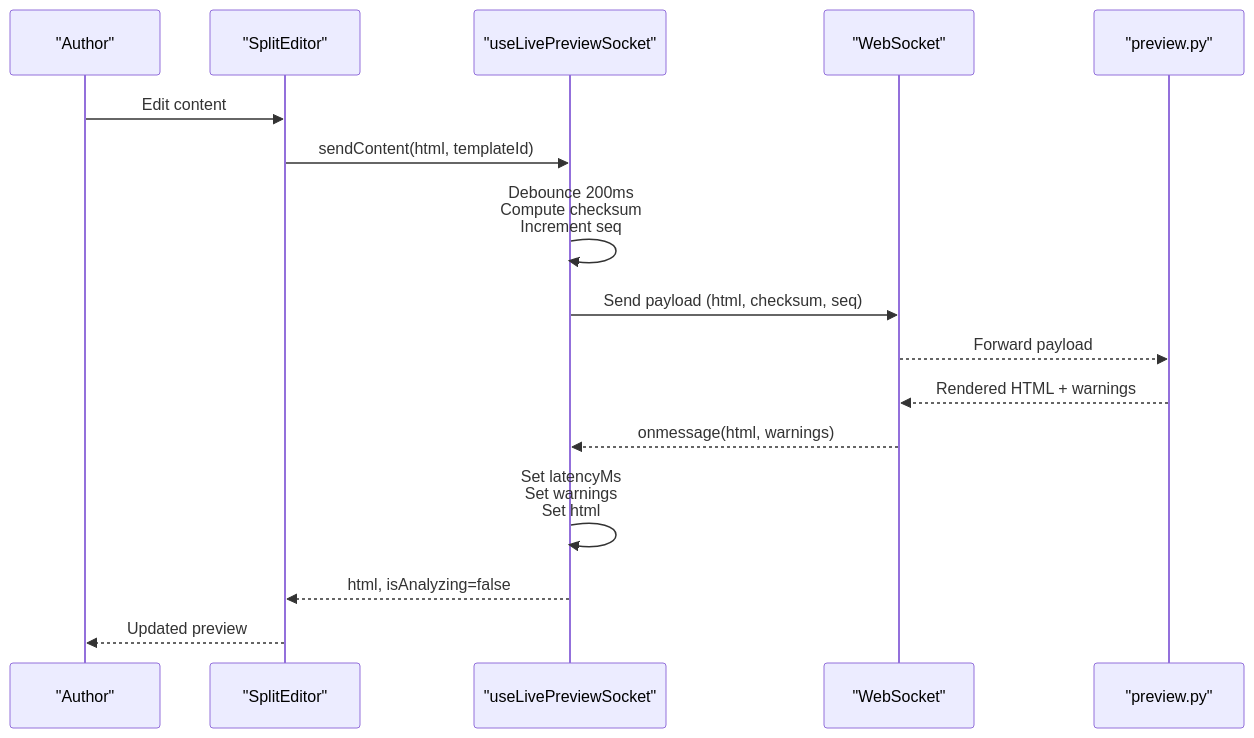
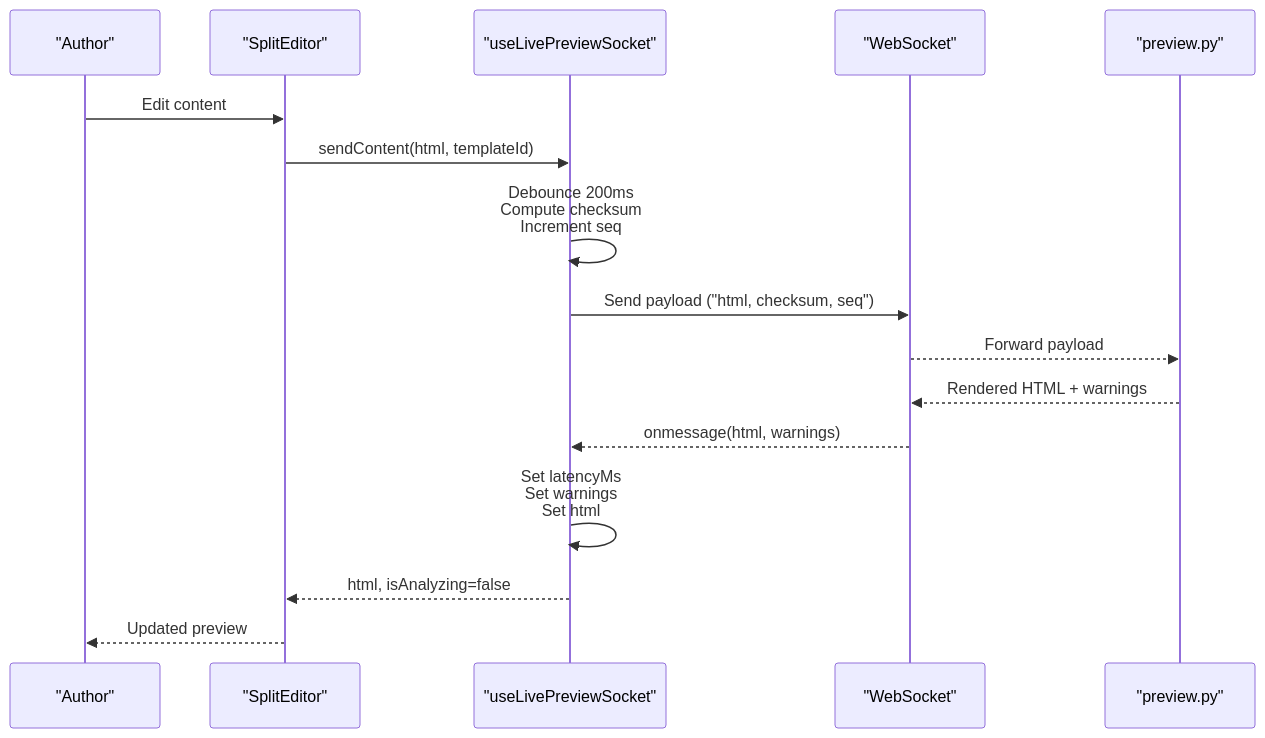
One commit to rohitkumarnaidu/ScholarFormAI changed the second of 7 diagrams in docs/docs/knowledge/Frontend Development/Real-time Features/Live Preview System.md. Above: the diagram before and after it, drawn with Mermaid. The commit also changed other lines of this file and 611 other files, not shown here.

````diff
--- a/docs/docs/knowledge/Frontend Development/Real-time Features/Live Preview System.md
+++ b/docs/docs/knowledge/Frontend Development/Real-time Features/Live Preview System.md
@@ -113,18 +113,18 @@
 ```mermaid
 sequenceDiagram
 participant User as "Author"
 participant Editor as "SplitEditor"
 participant Hook as "useLivePreviewSocket"
 participant WS as "WebSocket"
 participant Backend as "preview.py"
 User->>Editor : Edit content
 Editor->>Hook : sendContent(html, templateId)
 Hook->>Hook : Debounce 200ms<br/>Compute checksum<br/>Increment seq
-Hook->>WS : Send payload (html, checksum, seq)
+Hook->>WS : Send payload ("html, checksum, seq")
 WS-->>Backend : Forward payload
 Backend-->>WS : Rendered HTML + warnings
 WS-->>Hook : onmessage(html, warnings)
 Hook->>Hook : Set latencyMs<br/>Set warnings<br/>Set html
 Hook-->>Editor : html, isAnalyzing=false
 Editor-->>User : Updated preview
 ```
````
